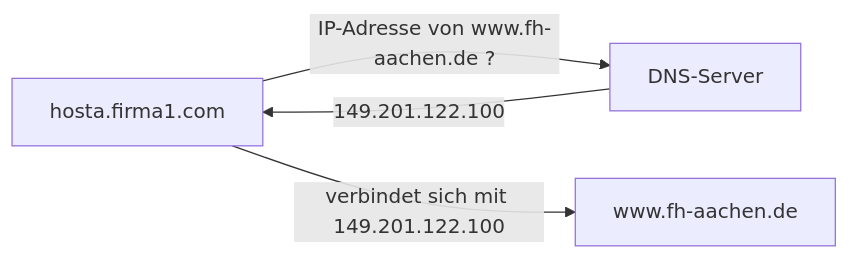
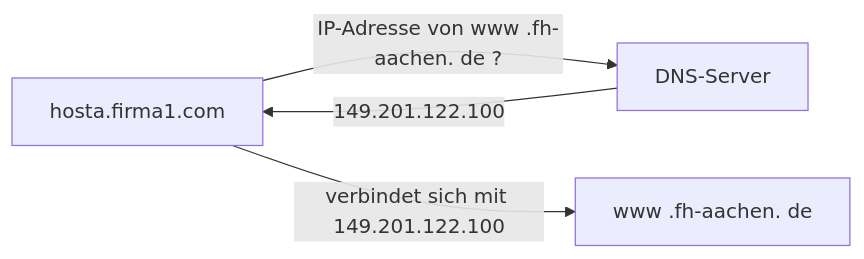
One commit to megustaamigo/semester-4 changed the first of 5 diagrams in kommunikationssysteme/lectures/07/komsys-14-dns.md. Above: the diagram before and after it, drawn with Mermaid. The commit also changed 4 other files, not shown here.

````diff
--- a/kommunikationssysteme/lectures/07/komsys-14-dns.md
+++ b/kommunikationssysteme/lectures/07/komsys-14-dns.md
@@ -53,6 +53,6 @@
 ```mermaid
 flowchart LR
-    H["hosta.firma1.com"] -->|IP-Adresse von www.fh-aachen.de ?| DNS[DNS-Server]
+    H["hosta.firma1.com"] -->|IP-Adresse von www .fh-aachen. de ?| DNS[DNS-Server]
     DNS -->|149.201.122.100| H
-    H -->|verbindet sich mit 149.201.122.100| W["www.fh-aachen.de"]
+    H -->|verbindet sich mit 149.201.122.100| W["www .fh-aachen. de"]
 ```
````
